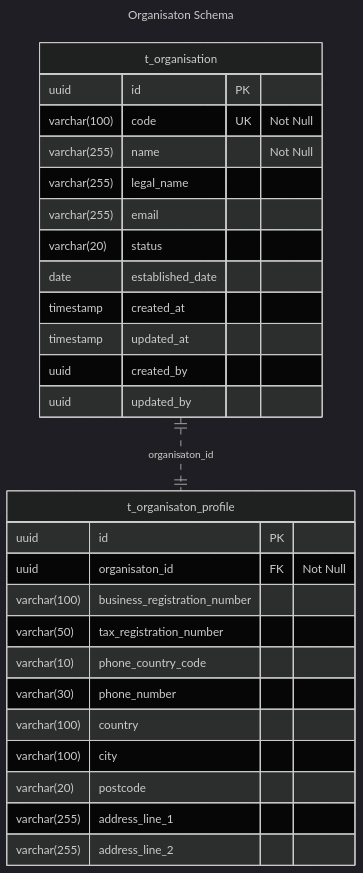
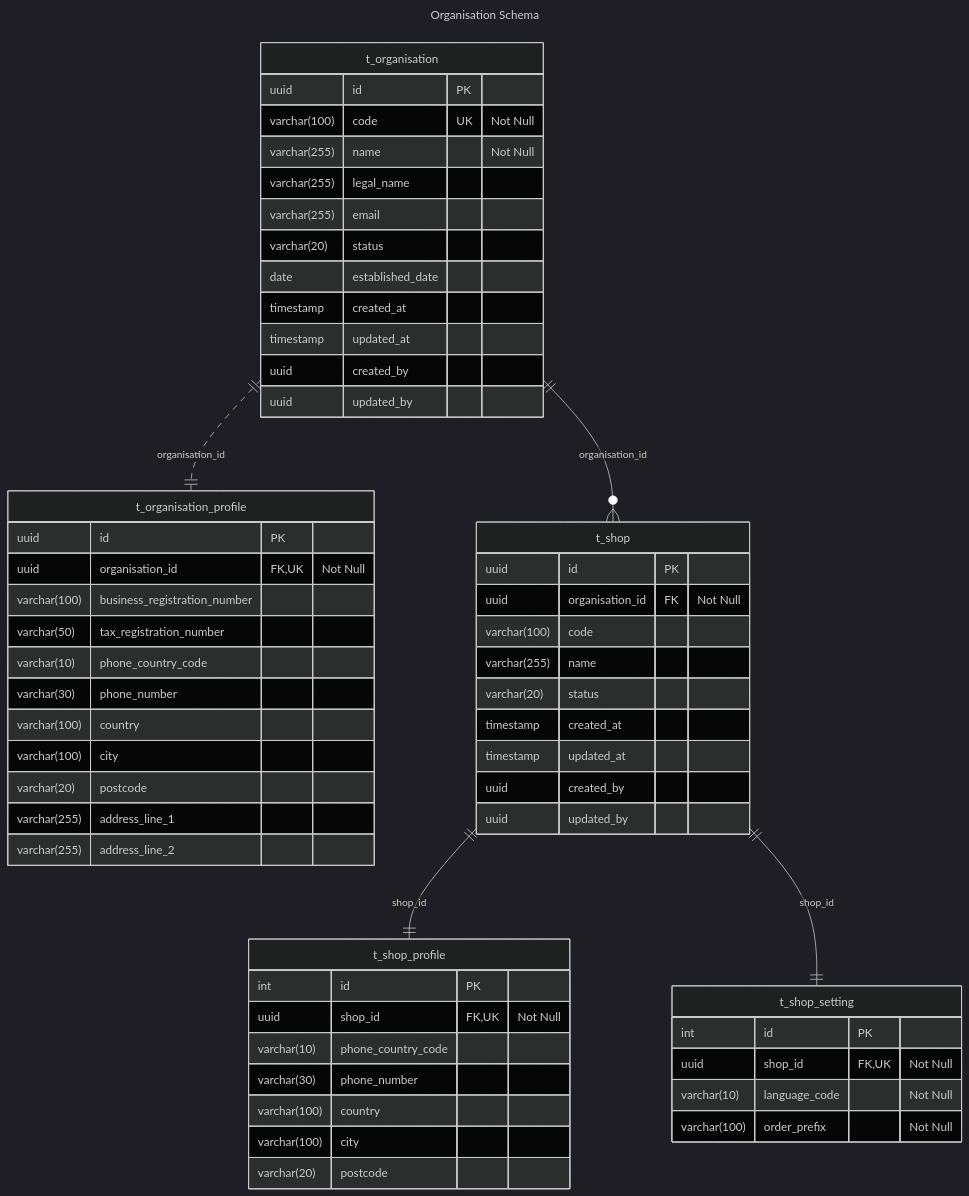
Before and after one commit to va4815/stockflow-docs: the diagram in database/modules/organisation-erd.md, drawn with Mermaid (dark theme).

Commit message:
docs: add organisation shop table

````diff
--- a/database/modules/organisation-erd.md
+++ b/database/modules/organisation-erd.md
@@ -4,6 +4,6 @@
 ```mermaid
 ---
-title: Organisaton Schema
+title: Organisation Schema
 ---
 erDiagram
 
@@ -24,9 +24,9 @@
         uuid updated_by
     }
 
-    t_organisaton_profile {
+    t_organisation_profile {
         uuid id PK
-        uuid organisaton_id FK "Not Null"
+        uuid organisation_id FK, UK "Not Null"
 
         varchar(100) business_registration_number
         varchar(50) tax_registration_number
@@ -43,5 +43,45 @@
 
 
     }
-    t_organisation ||..|| t_organisaton_profile : organisaton_id
+    t_organisation ||..|| t_organisation_profile : organisation_id
+
+    t_shop {
+        uuid id PK
+        uuid organisation_id FK "Not Null"
+
+        varchar(100) code
+        varchar(255) name
+        varchar(20) status
+
+        timestamp created_at
+        timestamp updated_at
+        uuid created_by
+        uuid updated_by
+    }
+    t_organisation ||--o{ t_shop : organisation_id
+
+    t_shop_profile {
+        int id PK
+        uuid shop_id FK, UK "Not Null"
+
+        varchar(10) phone_country_code
+        varchar(30) phone_number
+
+        varchar(100) country
+        varchar(100) city
+        varchar(20) postcode
+
+    }
+    t_shop ||--|| t_shop_profile : shop_id
+
+    t_shop_setting {
+        int id PK
+        uuid shop_id FK, UK "Not Null"
+
+        varchar(10) language_code "Not Null"
+        varchar(100) order_prefix "Not Null"
+
+    }
+    t_shop ||--|| t_shop_setting : shop_id
+
 ```
````
